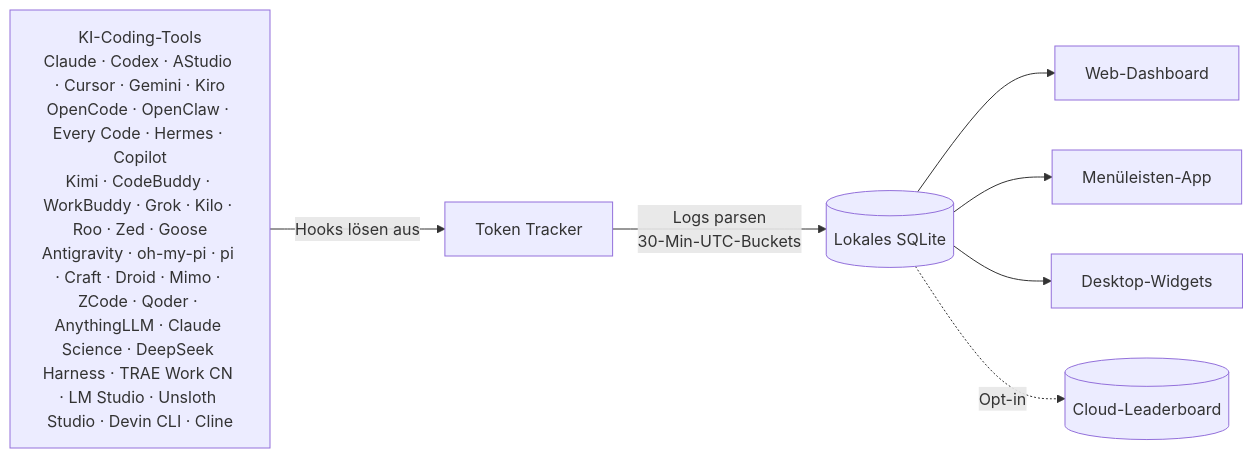
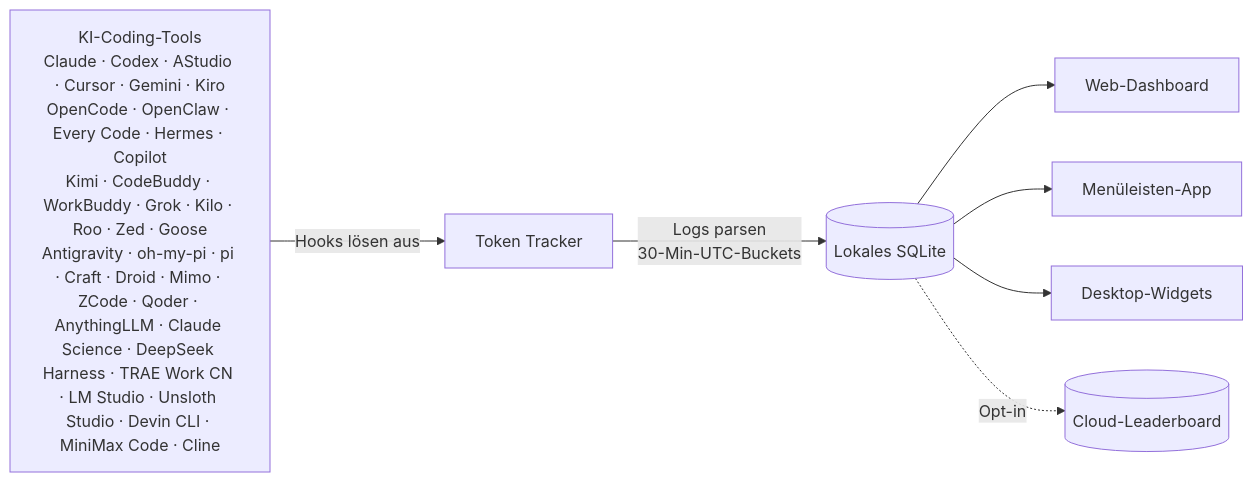
The diagram in README.de.md (SayAMDYES/TokenTracker), drawn with Mermaid before and after one commit. The commit also changed other lines of this file and 5 other files, not shown here.

Commit message:
docs: refresh Cline and MiniMax inventories

````diff
--- a/README.de.md
+++ b/README.de.md
@@ -242,10 +242,10 @@
 ```mermaid
 flowchart LR
-    A["KI-Coding-Tools<br/>Claude · Codex · AStudio · Cursor · Gemini · Kiro<br/>OpenCode · OpenClaw · Every Code · Hermes · Copilot<br/>Kimi · CodeBuddy · WorkBuddy · Grok · Kilo · Roo · Zed · Goose<br/>Antigravity · oh-my-pi · pi · Craft · Droid · Mimo · ZCode · Qoder · AnythingLLM · Claude Science · DeepSeek Harness · TRAE Work CN · LM Studio · Unsloth Studio · Devin CLI · Cline"]
+    A["KI-Coding-Tools<br/>Claude · Codex · AStudio · Cursor · Gemini · Kiro<br/>OpenCode · OpenClaw · Every Code · Hermes · Copilot<br/>Kimi · CodeBuddy · WorkBuddy · Grok · Kilo · Roo · Zed · Goose<br/>Antigravity · oh-my-pi · pi · Craft · Droid · Mimo · ZCode · Qoder · AnythingLLM · Claude Science · DeepSeek Harness · TRAE Work CN · LM Studio · Unsloth Studio · Devin CLI · MiniMax Code · Cline"]
     A -->|Hooks lösen aus| B[Token Tracker]
     B -->|Logs parsen<br/>30-Min-UTC-Buckets| C[(Lokales SQLite)]
     C --> D[Web-Dashboard]
     C --> E[Menüleisten-App]
     C --> F[Desktop-Widgets]
     C -.->|Opt-in| G[(Cloud-Leaderboard)]
 ```
````
